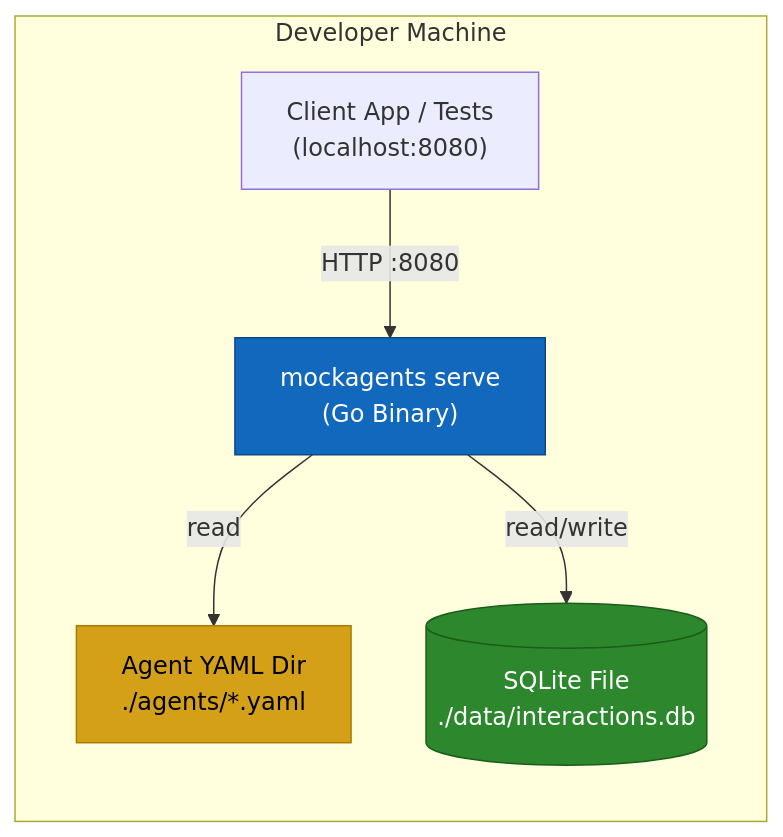
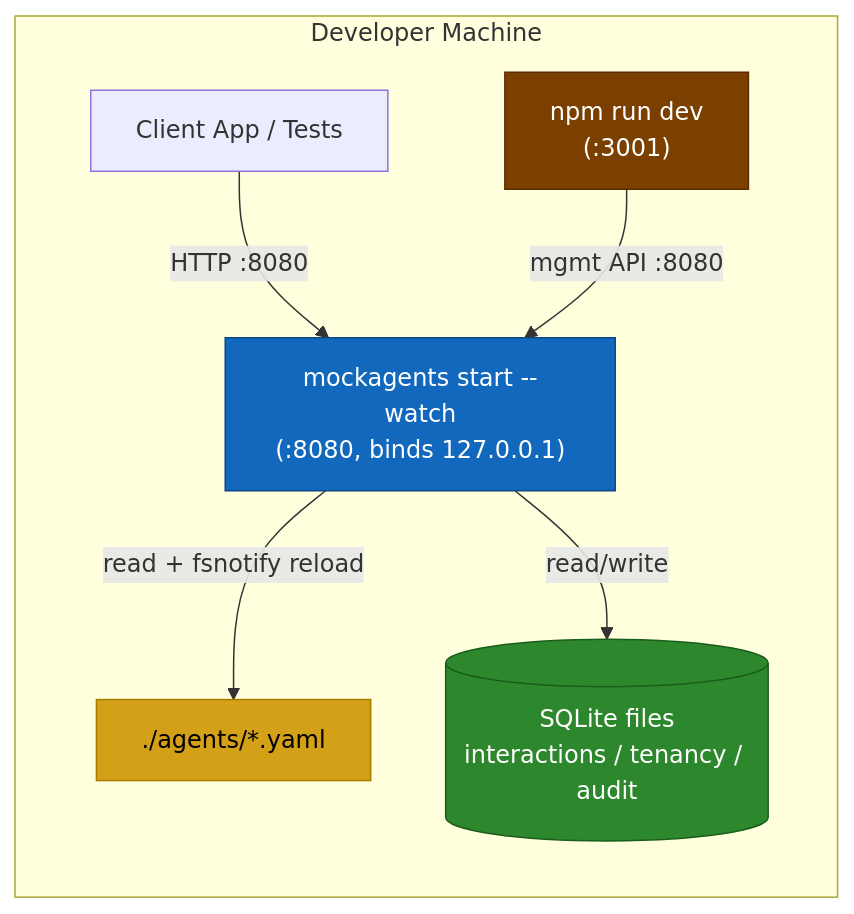
Before and after one commit to mockagents/mockagents: the sixth of 11 diagrams in docs/architecture-diagrams.md, drawn with Mermaid. The commit also changed other lines of this file and 5 other files, not shown here.

First line of the commit message:
docs: refresh changelog, architecture diagrams, and README for v0.2/v0.3

````diff
--- a/docs/architecture-diagrams.md
+++ b/docs/architecture-diagrams.md
@@ -204,17 +309,20 @@
 ```mermaid
 flowchart LR
     subgraph dev["Developer Machine"]
-        cli["mockagents serve\n(Go Binary)"]
-        sqlite[("SQLite File\n./data/interactions.db")]
-        yamls["Agent YAML Dir\n./agents/*.yaml"]
-        app["Client App / Tests\n(localhost:8080)"]
+        cli["mockagents start --watch<br/>(:8080, binds 127.0.0.1)"]
+        gui["npm run dev<br/>(:3001)"]
+        dbs[("SQLite files<br/>interactions / tenancy / audit")]
+        yamls["./agents/*.yaml"]
+        app["Client App / Tests"]
     end
 
     app -->|"HTTP :8080"| cli
-    cli -->|"read"| yamls
-    cli -->|"read/write"| sqlite
+    gui -->|"mgmt API :8080"| cli
+    cli -->|"read + fsnotify reload"| yamls
+    cli -->|"read/write"| dbs
 
     style cli fill:#1168bd,stroke:#0b4884,color:#fff
-    style sqlite fill:#2d882d,stroke:#1a5c1a,color:#fff
+    style gui fill:#7b3f00,stroke:#5a2d00,color:#fff
+    style dbs fill:#2d882d,stroke:#1a5c1a,color:#fff
     style yamls fill:#d4a017,stroke:#a67c00,color:#000
 ```
````
